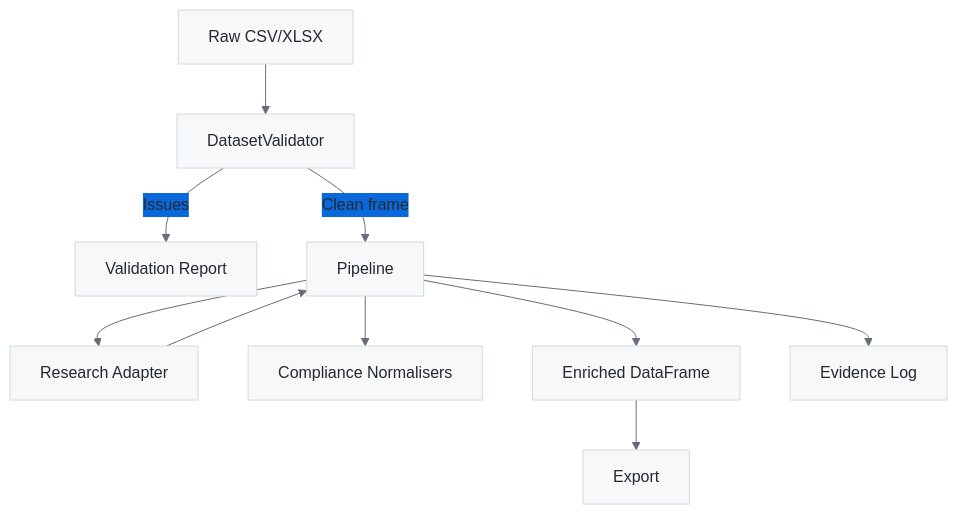
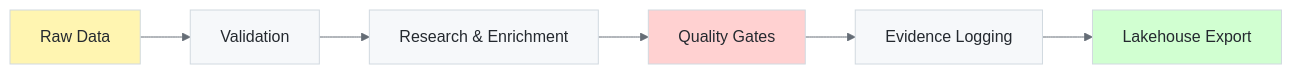
The diagram in docs-starlight/src/content/docs/index.mdx (IAmJonoBo/watercrawl), drawn with Mermaid before and after one commit. The commit also changed other lines of this file and 13 other files, not shown here.

First line of the commit message:
Complete documentation overhaul with Diátaxis framework, comprehensive Mermaid diagrams, and modern styling (#164)

````diff
--- a/docs-starlight/src/content/docs/index.mdx
+++ b/docs-starlight/src/content/docs/index.mdx
@@ -41,29 +30,13 @@
 ```mermaid
----
-config:
-  theme: 'base'
-  themeVariables:
-    background: '#ffffff'
-    primaryColor: '#f6f8fa'
-    primaryTextColor: '#24292f'
-    primaryBorderColor: '#d1d9e0'
-    lineColor: '#656d76'
-    secondaryColor: '#0969da'
-    tertiaryColor: '#ffffff'
-    textColor: '#24292f'
-    mainBkg: '#f6f8fa'
-    secondBkg: '#ffffff'
-    border1: '#d1d9e0'
-    border2: '#d1d9e0'
----
-graph TD
-    A[Raw CSV/XLSX] --> B[DatasetValidator]
-    B -->|Issues| C[Validation Report]
-    B -->|Clean frame| D[Pipeline]
-    D --> E[Research Adapter]
-    E --> D
-    D --> F[Compliance Normalisers]
-    D --> G[Enriched DataFrame]
-    D --> H[Evidence Log]
-    G --> I[Export]
+%%{init: {'theme':'base', 'themeVariables': { 'primaryColor':'#f6f8fa','primaryTextColor':'#24292f','primaryBorderColor':'#d1d9e0','lineColor':'#656d76','secondaryColor':'#0969da','tertiaryColor':'#ffffff'}}}%%
+flowchart LR
+    A[Raw Data] --> B[Validation]
+    B --> C[Research & Enrichment]
+    C --> D[Quality Gates]
+    D --> E[Evidence Logging]
+    E --> F[Lakehouse Export]
+    
+    style A fill:#fff5b1
+    style F fill:#d1ffd1
+    style D fill:#ffd1d1
 ```
````
